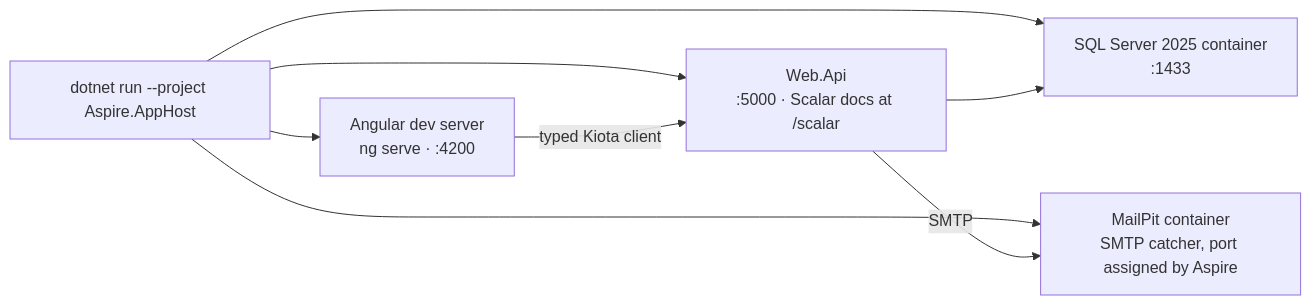
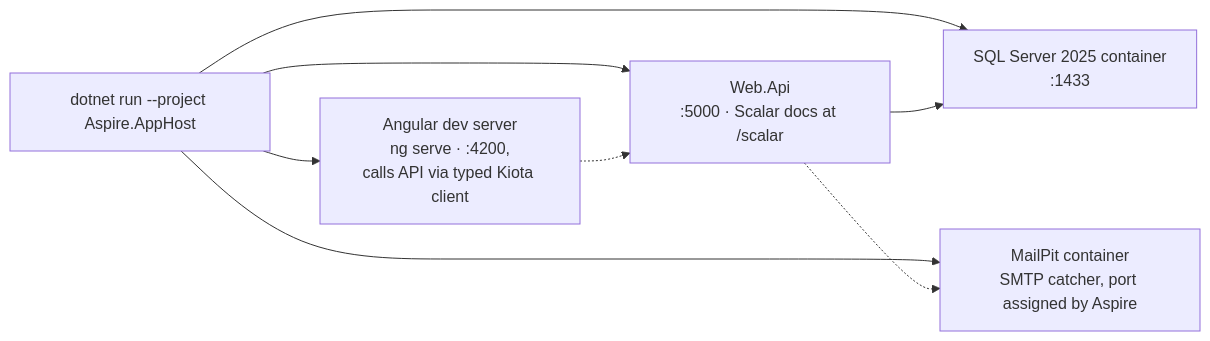
Before and after one commit to aihernandez/aspire-entra-clean-architecture: the second of 2 diagrams in README.md, drawn with Mermaid. The commit also changed other lines of this file and 6 other files, not shown here.

First line of the commit message:
docs: simplify diagram edges and add Codex copies of the skills

````diff
--- a/README.md
+++ b/README.md
@@ -85,11 +85,11 @@
 ```mermaid
 flowchart LR
     Host["dotnet run --project Aspire.AppHost"]
     Host --> SQL["SQL Server 2025 container<br/>:1433"]
     Host --> Mail["MailPit container<br/>SMTP catcher, port assigned by Aspire"]
     Host --> API["Web.Api<br/>:5000 · Scalar docs at /scalar"]
-    Host --> NG["Angular dev server<br/>ng serve · :4200"]
-    NG -- "typed Kiota client" --> API
+    Host --> NG["Angular dev server<br/>ng serve · :4200,<br/>calls API via typed Kiota client"]
+    NG -.-> API
     API --> SQL
-    API -- "SMTP" --> Mail
+    API -.-> Mail
 ```
````
